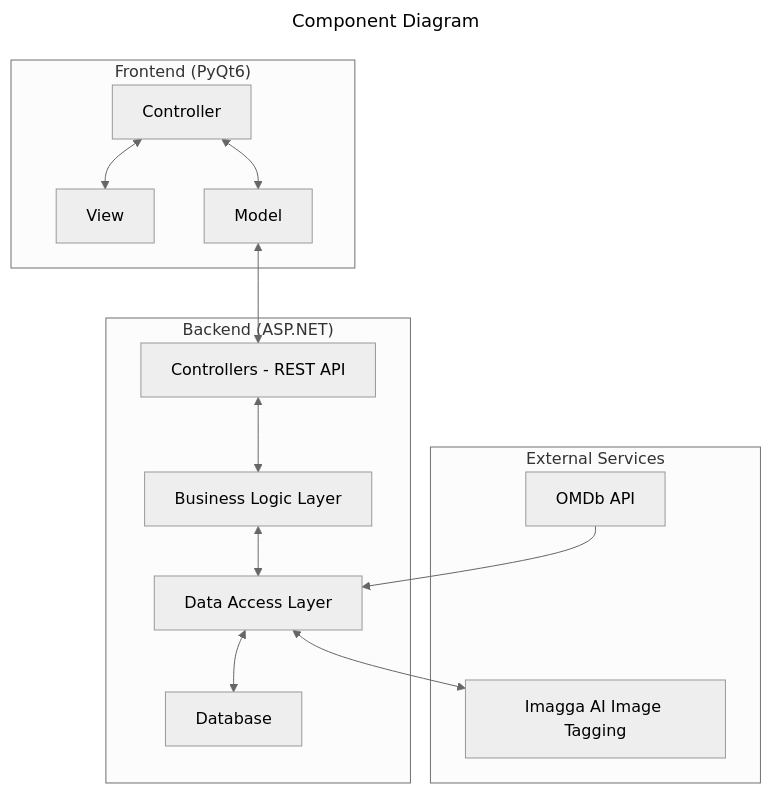
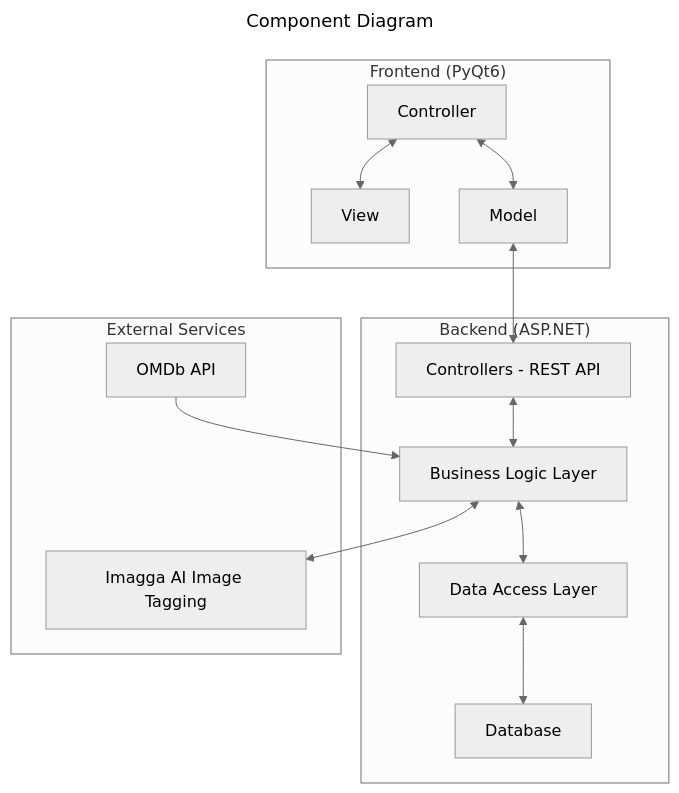
One commit to dattali18/WindowsSystem-Frontend changed the diagram in README.md. Above: the diagram before and after it, drawn with Mermaid (neutral theme). The commit also changed other lines of this file and 7 other files, not shown here.

````diff
--- a/README.md
+++ b/README.md
@@ -16,33 +16,33 @@
 ```mermaid
 ---
 title: Component Diagram
 ---
 graph TD
     subgraph Frontend["Frontend (PyQt6)"]
 	    Controller["Controller"]
         View["View"]
         Model["Model"]
         Controller <--> View
         Controller <--> Model
     end
 
     subgraph Backend["Backend (ASP.NET)"]
         API["Controllers - REST API"]
         BusinessLogic["Business Logic Layer"]
         DataAccess["Data Access Layer"]
         Database["Database"]
         API <--> BusinessLogic
         BusinessLogic <--> DataAccess
         DataAccess <--> Database
     end
 
     subgraph ExternalServices["External Services"]
         OMDbAPI["OMDb API"]
         ImaggaAI["Imagga AI Image Tagging"]
     end
 
-    DataAccess <--> ImaggaAI
-	OMDbAPI --> DataAccess
+    BusinessLogic <--> ImaggaAI
+	OMDbAPI --> BusinessLogic
     Model <--> API 
 
 ```
````
